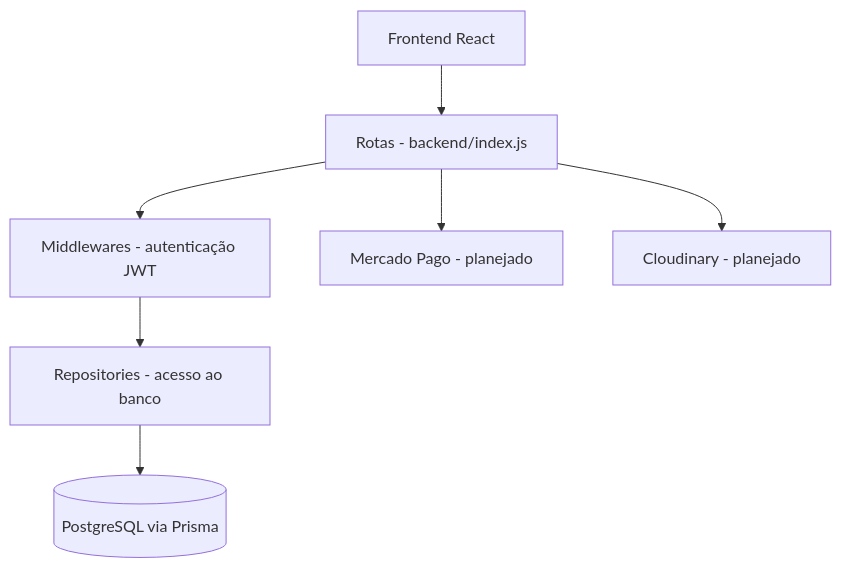
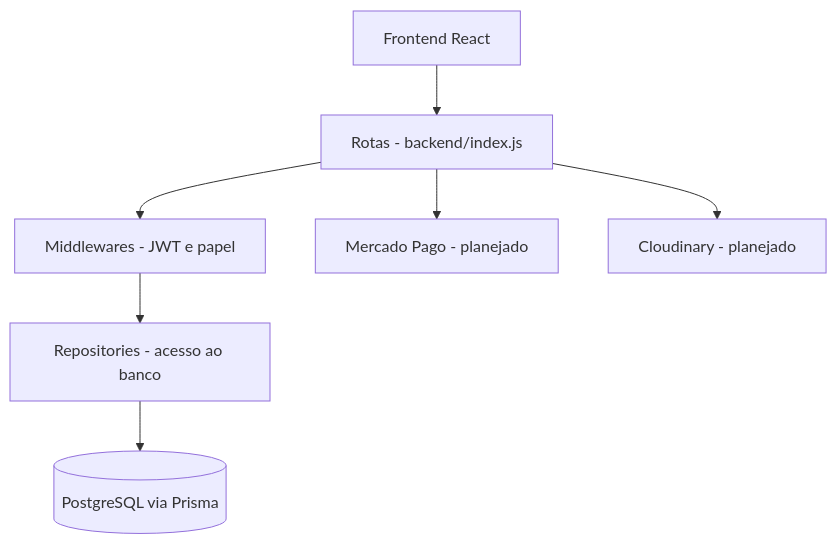
The second of 3 diagrams in README.md (Jaqueline-BCO-97/Gestao-de-Obras), drawn with Mermaid before and after one commit. The commit also changed other lines of this file, not shown here.

````diff
--- a/README.md
+++ b/README.md
@@ -138,9 +138,9 @@
 ```mermaid
 flowchart TD
     UI[Frontend React] --> Routes[Rotas - backend/index.js]
-    Routes --> Middlewares[Middlewares - autenticação JWT]
+    Routes --> Middlewares[Middlewares - JWT e papel]
     Middlewares --> Repo[Repositories - acesso ao banco]
     Repo --> Data[(PostgreSQL via Prisma)]
     Routes --> Payment[Mercado Pago - planejado]
     Routes --> Storage[Cloudinary - planejado]
 ```
````
